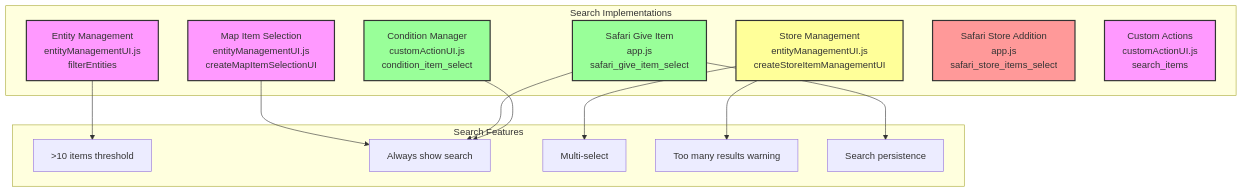
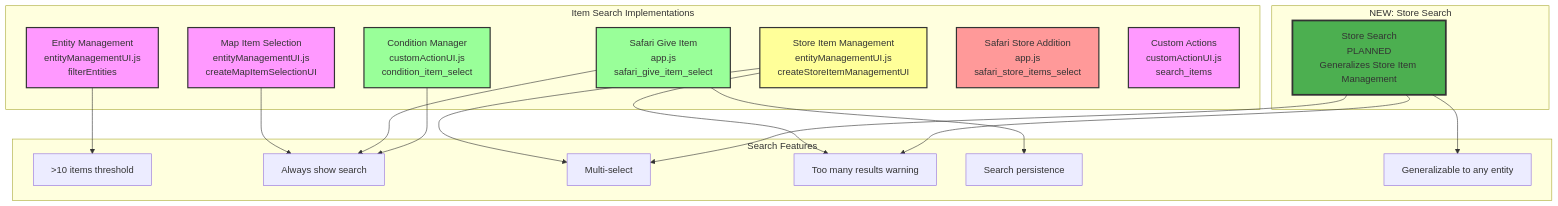
Before and after one commit to extremedonkey/castbot: the first of 6 diagrams in 00-SearchTechDebt.md, drawn with Mermaid. The commit also changed other lines of this file and 2 other files, not shown here.

````diff
--- a/00-SearchTechDebt.md
+++ b/00-SearchTechDebt.md
@@ -9,36 +11,45 @@
 ```mermaid
 graph TB
-    subgraph "Search Implementations"
+    subgraph "Item Search Implementations"
         E[Entity Management<br/>entityManagementUI.js<br/>filterEntities]
         M[Map Item Selection<br/>entityManagementUI.js<br/>createMapItemSelectionUI]
-        S[Store Management<br/>entityManagementUI.js<br/>createStoreItemManagementUI]
+        S[Store Item Management<br/>entityManagementUI.js<br/>createStoreItemManagementUI]
         G[Safari Give Item<br/>app.js<br/>safari_give_item_select]
         C[Condition Manager<br/>customActionUI.js<br/>condition_item_select]
         A[Safari Store Addition<br/>app.js<br/>safari_store_items_select]
         CA[Custom Actions<br/>customActionUI.js<br/>search_items]
+    end
+
+    subgraph "NEW: Store Search"
+        SS[Store Search<br/>PLANNED<br/>Generalizes Store Item Management]
     end
 
     subgraph "Search Features"
         F1[">10 items threshold"]
         F2["Always show search"]
         F3["Multi-select"]
         F4["Too many results warning"]
         F5["Search persistence"]
+        F6["Generalizable to any entity"]
     end
 
     E --> F1
     M --> F2
     S --> F3
     S --> F4
     G --> F2
     G --> F5
     C --> F2
+    SS --> F6
+    SS --> F3
+    SS --> F4
 
     style E fill:#f9f,stroke:#333,stroke-width:2px
     style M fill:#f9f,stroke:#333,stroke-width:2px
     style S fill:#ff9,stroke:#333,stroke-width:2px
     style G fill:#9f9,stroke:#333,stroke-width:2px
     style C fill:#9f9,stroke:#333,stroke-width:2px
     style A fill:#f99,stroke:#333,stroke-width:2px
     style CA fill:#f9f,stroke:#333,stroke-width:2px
+    style SS fill:#4CAF50,stroke:#333,stroke-width:3px
 ```
````
